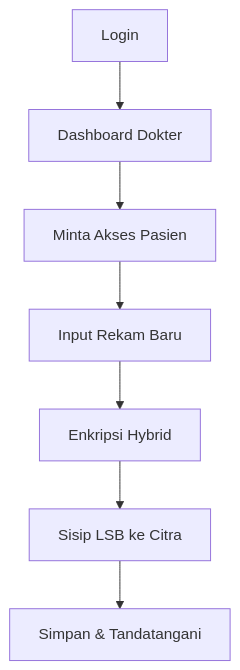
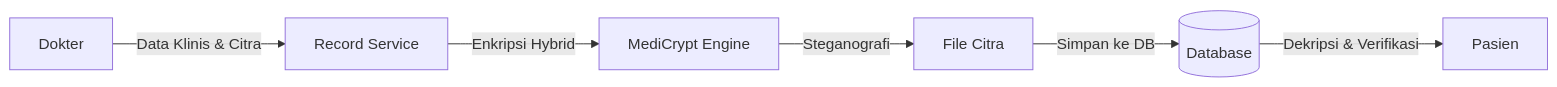
Before and after one commit to xexoxexo/SEMEDICHAN: the third of 4 diagrams in README.md, drawn with Mermaid. The commit also changed other lines of this file and 22 other files, not shown here.

````diff
--- a/README.md
+++ b/README.md
@@ -38,9 +188,8 @@
 ```mermaid
-graph TD
-    A[Login] --> B[Dashboard Dokter]
-    B --> C[Minta Akses Pasien]
-    C --> D[Input Rekam Baru]
-    D --> E[Enkripsi Hybrid]
-    E --> F[Sisip LSB ke Citra]
-    F --> G[Simpan & Tandatangani]
+flowchart LR
+    Doc[Dokter] -- "Data Klinis & Citra" --> Serv[Record Service]
+    Serv -- "Enkripsi Hybrid" --> Crypto[MediCrypt Engine]
+    Crypto -- "Steganografi" --> Image[File Citra]
+    Image -- "Simpan ke DB" --> DB[(Database)]
+    DB -- "Dekripsi & Verifikasi" --> Pat[Pasien]
 ```
````
